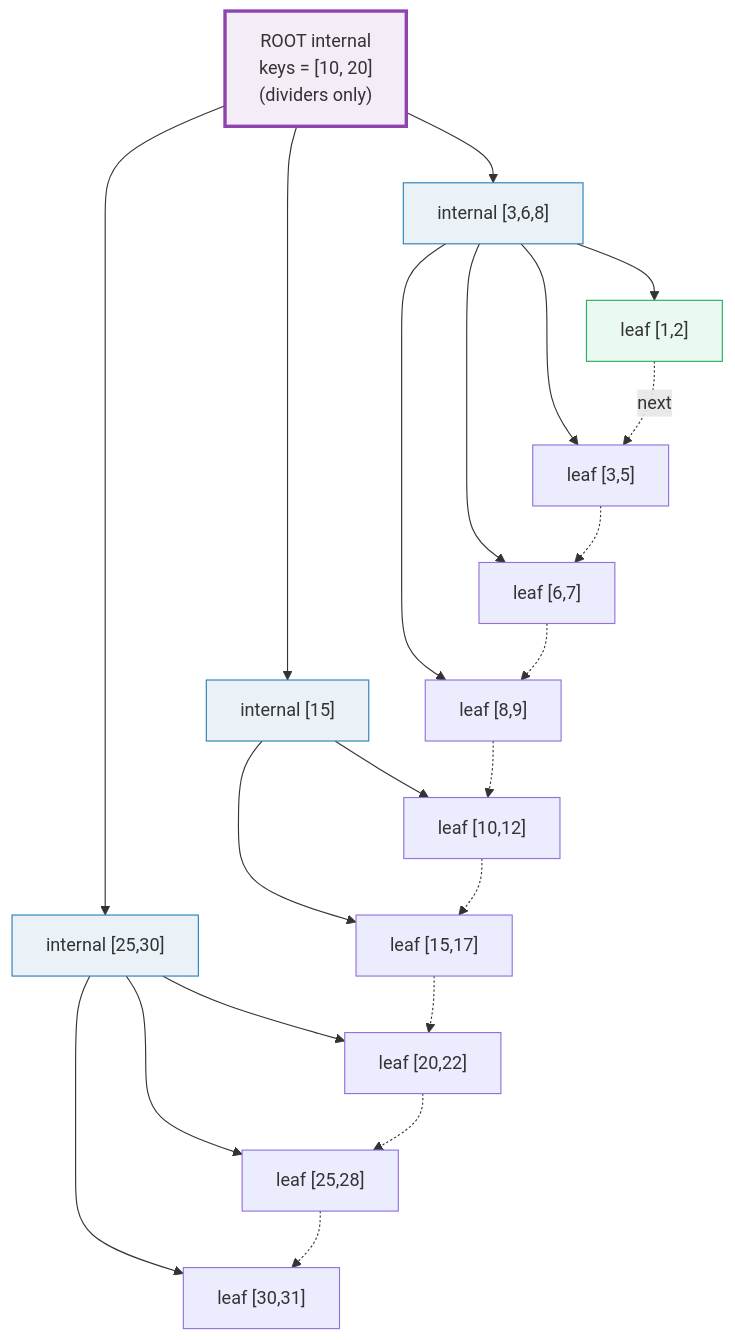
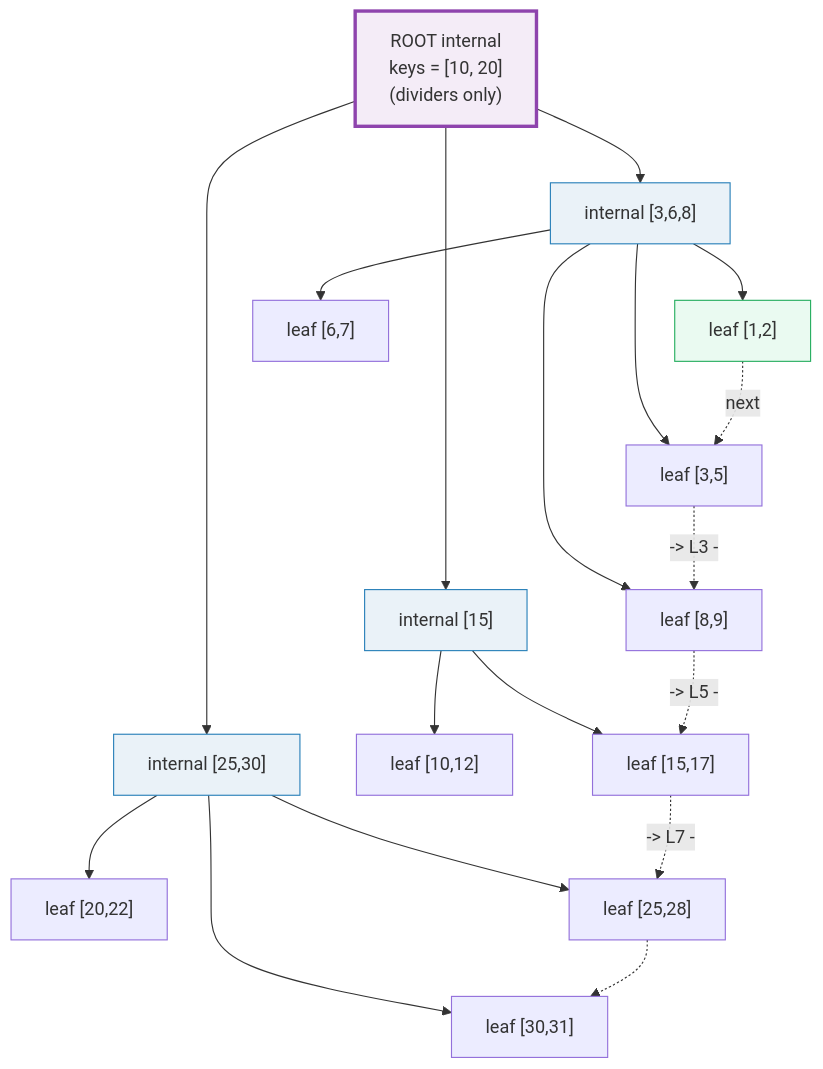
Before and after one commit to quanhua92/tutorials: the first of 2 diagrams in db/BTREE.md, drawn with Mermaid. The commit also changed 74 other files, not shown here.

First line of the commit message:
fix(mermaid): fix all 11 mmdc-verified broken diagrams across 72 files

````diff
--- a/db/BTREE.md
+++ b/db/BTREE.md
@@ -32,26 +32,26 @@
 ```mermaid
 graph TD
   R["ROOT internal<br/>keys = [10, 20]<br/>(dividers only)"]
   I1["internal [3,6,8]"]
   I2["internal [15]"]
   I3["internal [25,30]"]
   L1["leaf [1,2]"]
   L2["leaf [3,5]"]
   L3["leaf [6,7]"]
   L4["leaf [8,9]"]
   L5["leaf [10,12]"]
   L6["leaf [15,17]"]
   L7["leaf [20,22]"]
   L8["leaf [25,28]"]
   L9["leaf [30,31]"]
   R --> I1 & I2 & I3
   I1 --> L1 & L2 & L3 & L4
   I2 --> L5 & L6
   I3 --> L7 & L8 & L9
-  L1 -. "next" .-> L2 -.-> L3 -.-> L4 -.-> L5 -.-> L6 -.-> L7 -.-> L8 -.-> L9
+  L1 -.->|next| L2 -.->|-> L3 -| L4 -.->|-> L5 -| L6 -.->|-> L7 -| L8 -.-> L9
   style R fill:#f4ecf7,stroke:#8e44ad,stroke-width:3px
   style I1 fill:#eaf2f8,stroke:#2980b9
   style I2 fill:#eaf2f8,stroke:#2980b9
   style I3 fill:#eaf2f8,stroke:#2980b9
   style L1 fill:#eafaf1,stroke:#27ae60
 ```
````
